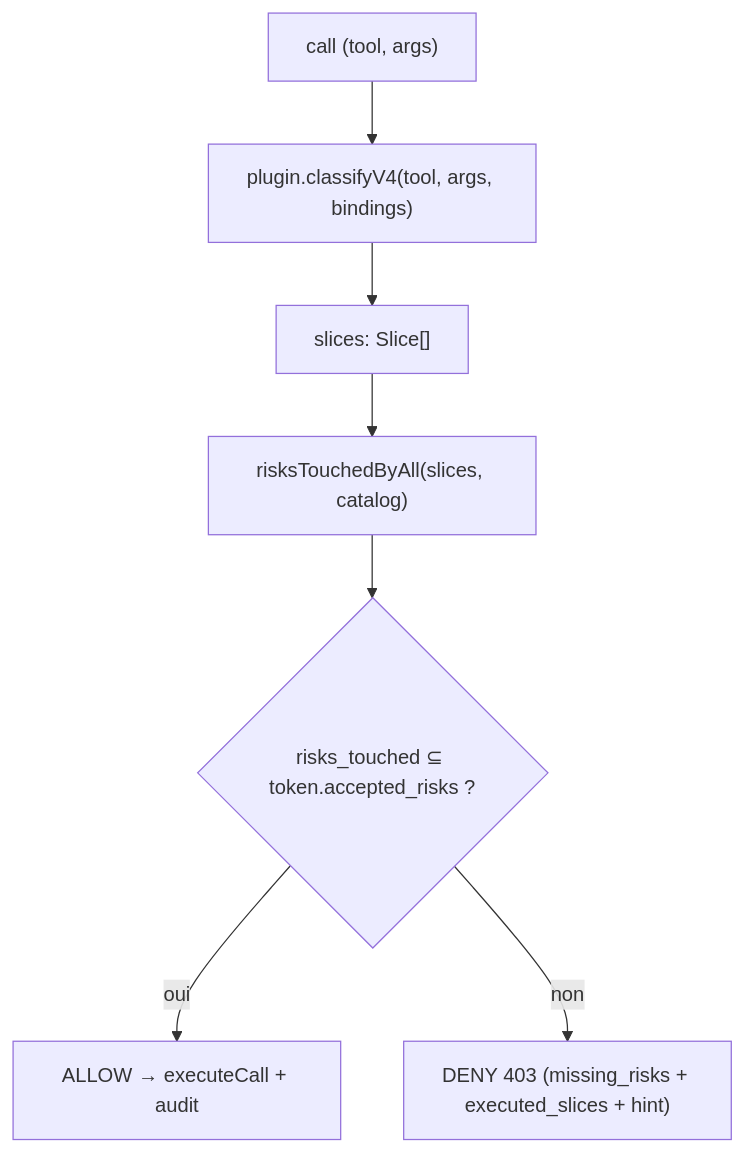
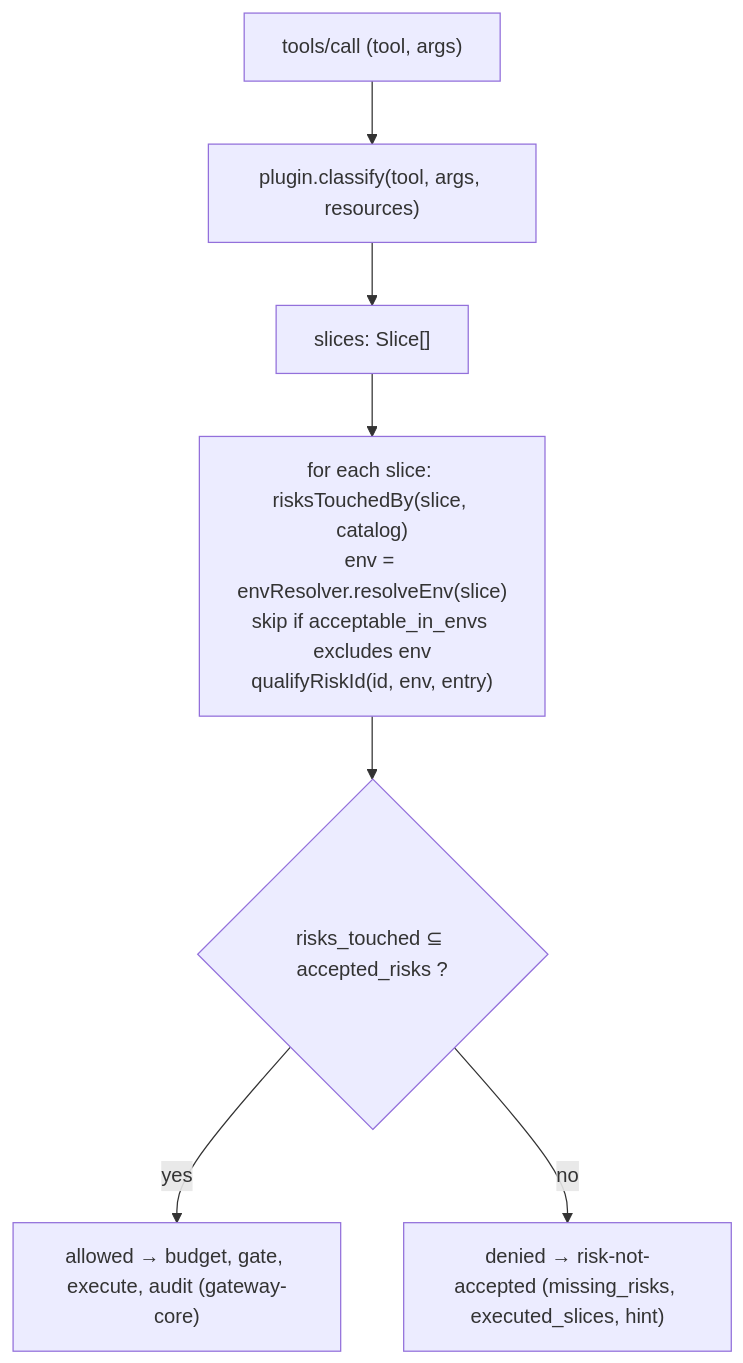
Before and after one commit to vaubaan/gateway: the diagram in docs/handbook/policy-engine.md, drawn with Mermaid. The commit also changed other lines of this file and 6 other files, not shown here.

````diff
--- a/docs/handbook/policy-engine.md
+++ b/docs/handbook/policy-engine.md
@@ -73,9 +65,9 @@
 ```mermaid
 flowchart TD
-  call["call (tool, args)"] --> classify["plugin.classifyV4(tool, args, bindings)"]
+  call["tools/call (tool, args)"] --> classify["plugin.classify(tool, args, resources)"]
   classify --> slices["slices: Slice[]"]
-  slices --> risks_touched["risksTouchedByAll(slices, catalog)"]
-  risks_touched --> check{"risks_touched ⊆ token.accepted_risks ?"}
-  check -->|"oui"| allow["ALLOW → executeCall + audit"]
-  check -->|"non"| deny["DENY 403 (missing_risks + executed_slices + hint)"]
+  slices --> touched["for each slice: risksTouchedBy(slice, catalog)<br/>env = envResolver.resolveEnv(slice)<br/>skip if acceptable_in_envs excludes env<br/>qualifyRiskId(id, env, entry)"]
+  touched --> check{"risks_touched ⊆ accepted_risks ?"}
+  check -->|"yes"| allow["allowed → budget, gate, execute, audit (gateway-core)"]
+  check -->|"no"| deny["denied → risk-not-accepted (missing_risks, executed_slices, hint)"]
 ```
````
